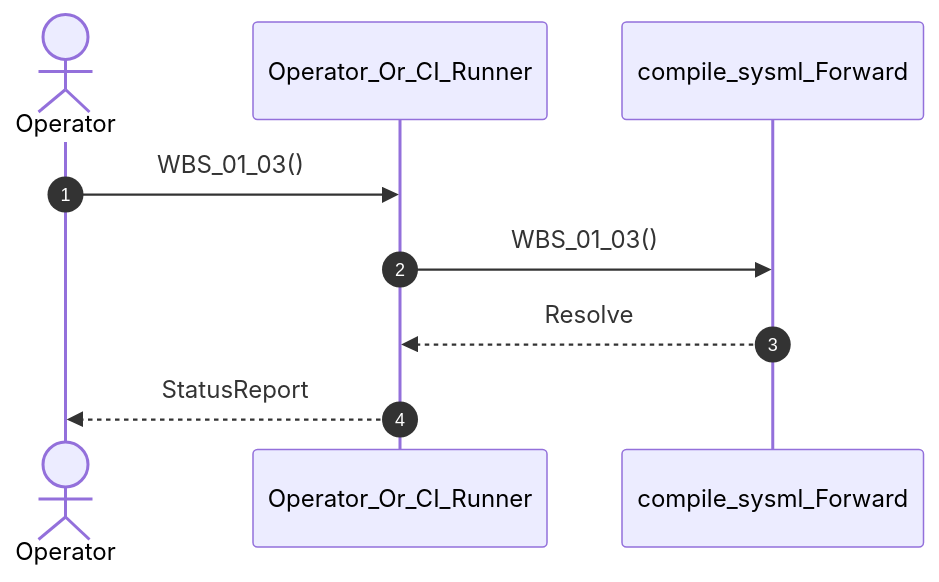
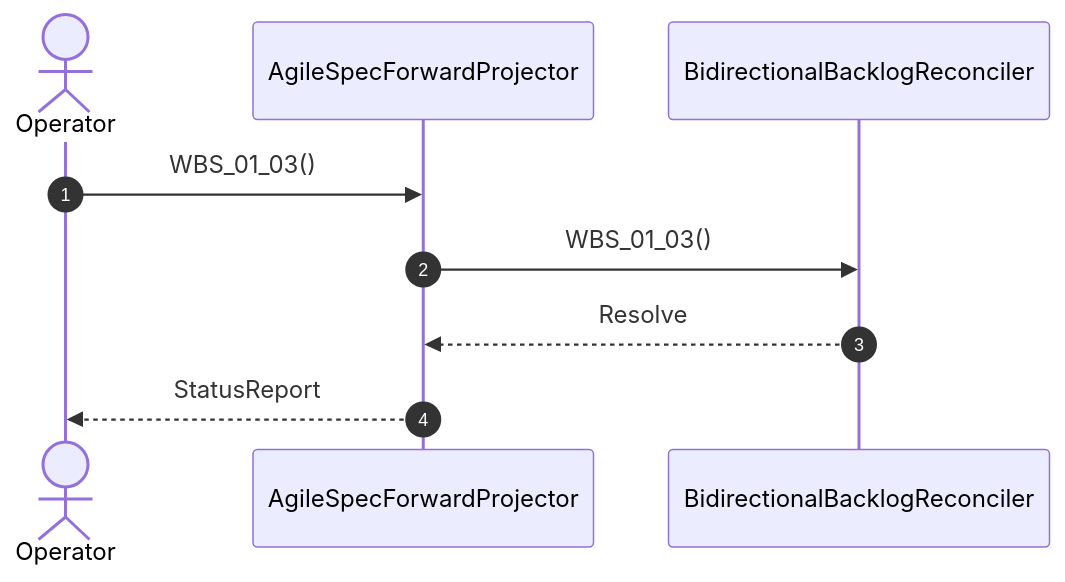
One commit to gintatkinson/DEAP01-spec-core changed the diagram in .pipeline/upstream/docs/user-stories/US-34-WBS_01_03.md. Above: the diagram before and after it, drawn with Mermaid. The commit also changed other lines of this file and 179 other files, not shown here.

Commit message:
fix(compiler): remediate upstream specification forward projection, diagram synthesis, and GitHub blob URL resolution

````diff
--- a/.pipeline/upstream/docs/user-stories/US-34-WBS_01_03.md
+++ b/.pipeline/upstream/docs/user-stories/US-34-WBS_01_03.md
@@ -16,11 +16,11 @@
 ```mermaid
 sequenceDiagram
     autonumber
     actor Operator
-    participant Operator_Or_CI_Runner
-    participant compile_sysml_Forward
-    Operator->>Operator_Or_CI_Runner: WBS_01_03()
-    Operator_Or_CI_Runner->>compile_sysml_Forward: WBS_01_03()
-    compile_sysml_Forward-->>Operator_Or_CI_Runner: Resolve
-    Operator_Or_CI_Runner-->>Operator: StatusReport
+    participant AgileSpecForwardProjector
+    participant BidirectionalBacklogReconciler
+    Operator->>AgileSpecForwardProjector: WBS_01_03()
+    AgileSpecForwardProjector->>BidirectionalBacklogReconciler: WBS_01_03()
+    BidirectionalBacklogReconciler-->>AgileSpecForwardProjector: Resolve
+    AgileSpecForwardProjector-->>Operator: StatusReport
 ```
````
